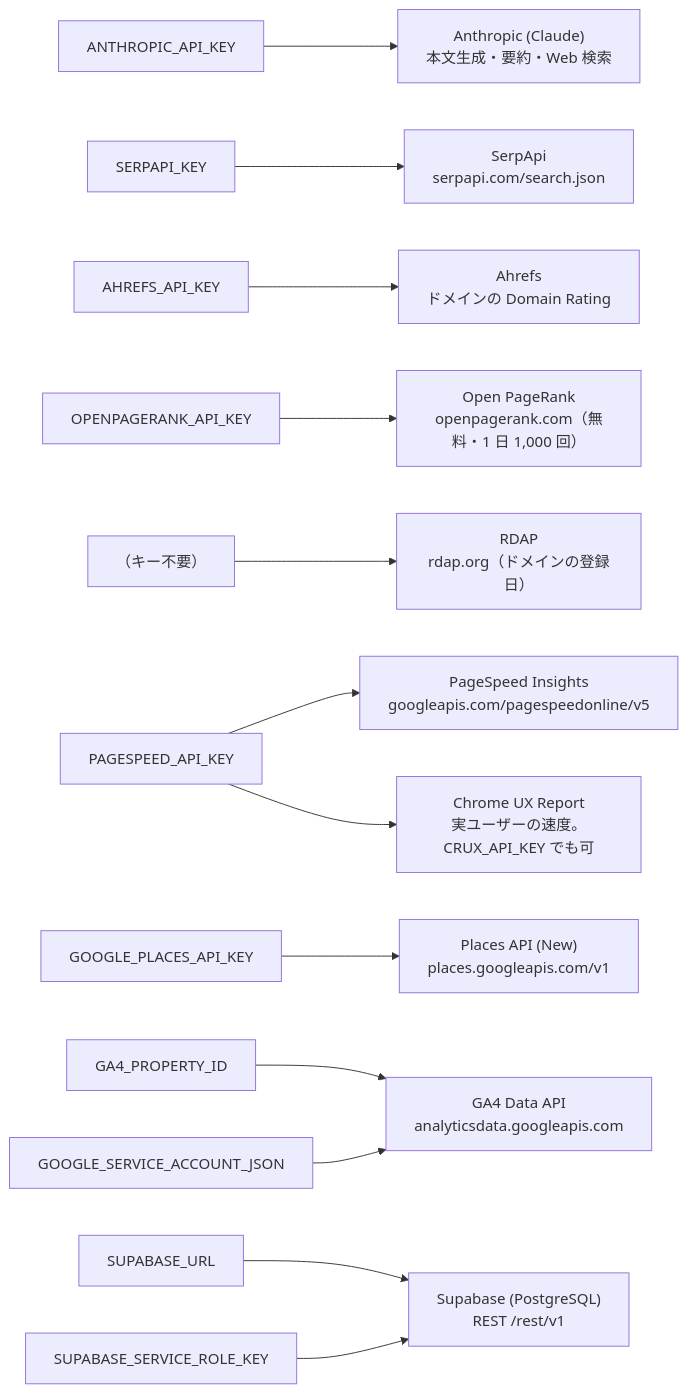
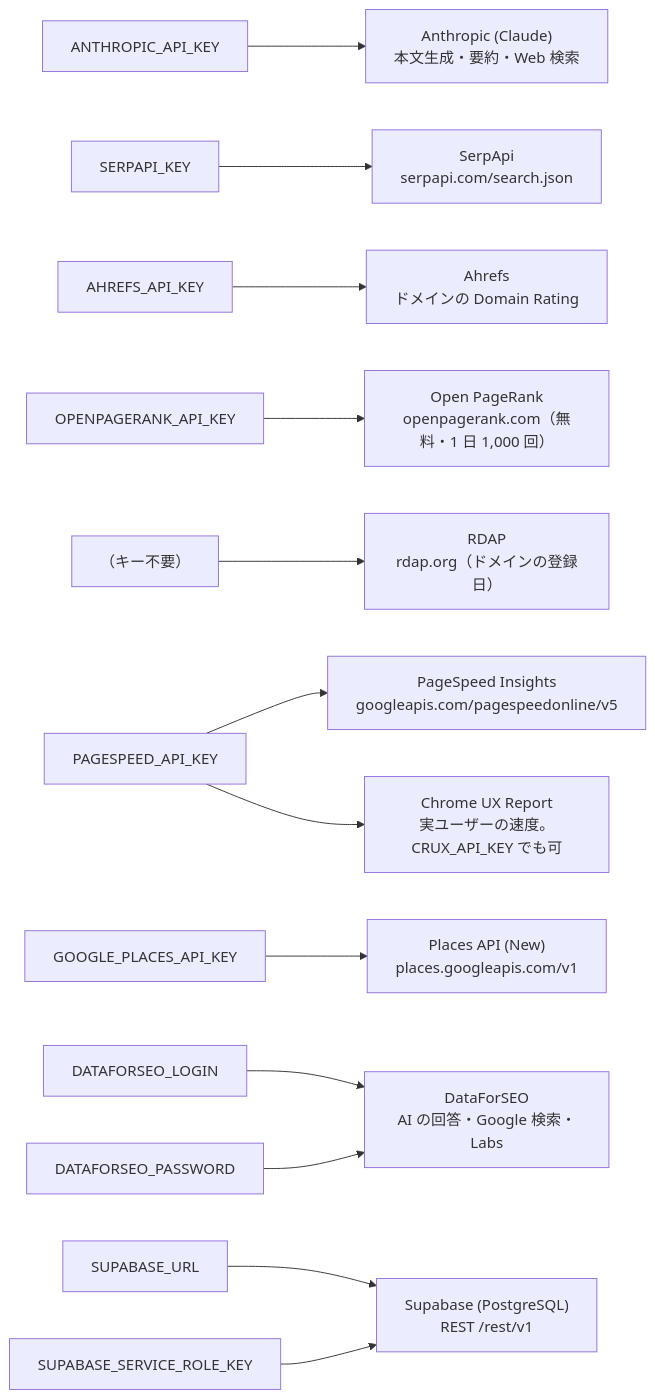
Before and after one commit to matsu609/seo-checker: the first of 4 diagrams in docs/dev/tool-map.md, drawn with Mermaid. The commit also changed other lines of this file and 12 other files, not shown here.

````diff
--- a/docs/dev/tool-map.md
+++ b/docs/dev/tool-map.md
@@ -51,15 +51,15 @@
 ```mermaid
 flowchart LR
   ANTHROPIC["ANTHROPIC_API_KEY"] --> A["Anthropic (Claude)<br/>本文生成・要約・Web 検索"]
   SERP["SERPAPI_KEY"] --> S["SerpApi<br/>serpapi.com/search.json"]
   AHREFS["AHREFS_API_KEY"] --> AH["Ahrefs<br/>ドメインの Domain Rating"]
   OPR["OPENPAGERANK_API_KEY"] --> OP["Open PageRank<br/>openpagerank.com（無料・1 日 1,000 回）"]
   NOKEY["（キー不要）"] --> RDAP["RDAP<br/>rdap.org（ドメインの登録日）"]
   PSI["PAGESPEED_API_KEY"] --> PS["PageSpeed Insights<br/>googleapis.com/pagespeedonline/v5"]
   PSI --> CRUX["Chrome UX Report<br/>実ユーザーの速度。CRUX_API_KEY でも可"]
   PLACES["GOOGLE_PLACES_API_KEY"] --> PL["Places API (New)<br/>places.googleapis.com/v1"]
-  GA4ID["GA4_PROPERTY_ID"] --> GA["GA4 Data API<br/>analyticsdata.googleapis.com"]
-  SA["GOOGLE_SERVICE_ACCOUNT_JSON"] --> GA
+  DFSL["DATAFORSEO_LOGIN"] --> DFS["DataForSEO<br/>AI の回答・Google 検索・Labs"]
+  DFSP["DATAFORSEO_PASSWORD"] --> DFS
   SUPAURL["SUPABASE_URL"] --> DB["Supabase (PostgreSQL)<br/>REST /rest/v1"]
   SUPAKEY["SUPABASE_SERVICE_ROLE_KEY"] --> DB
 ```
````
